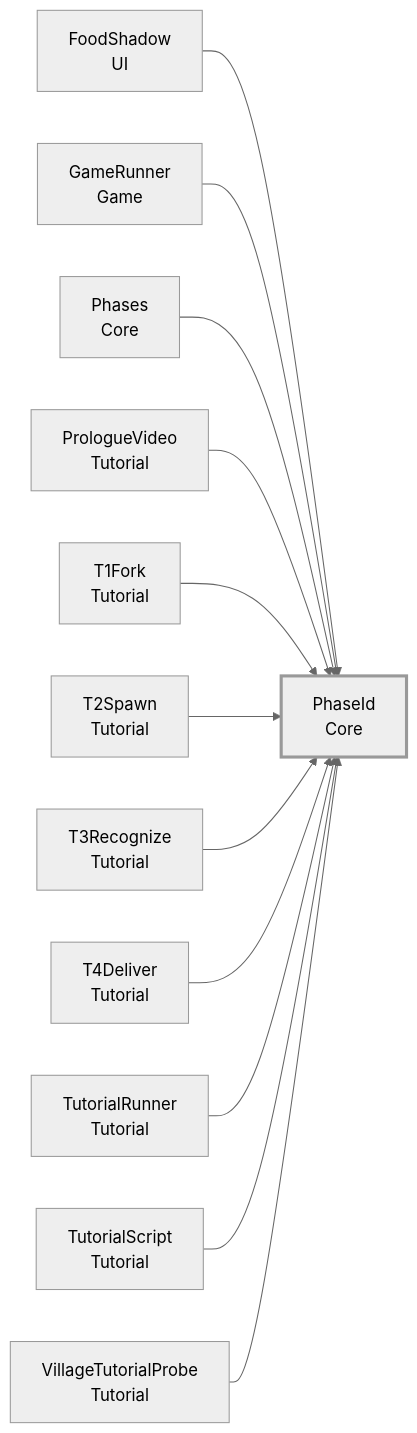
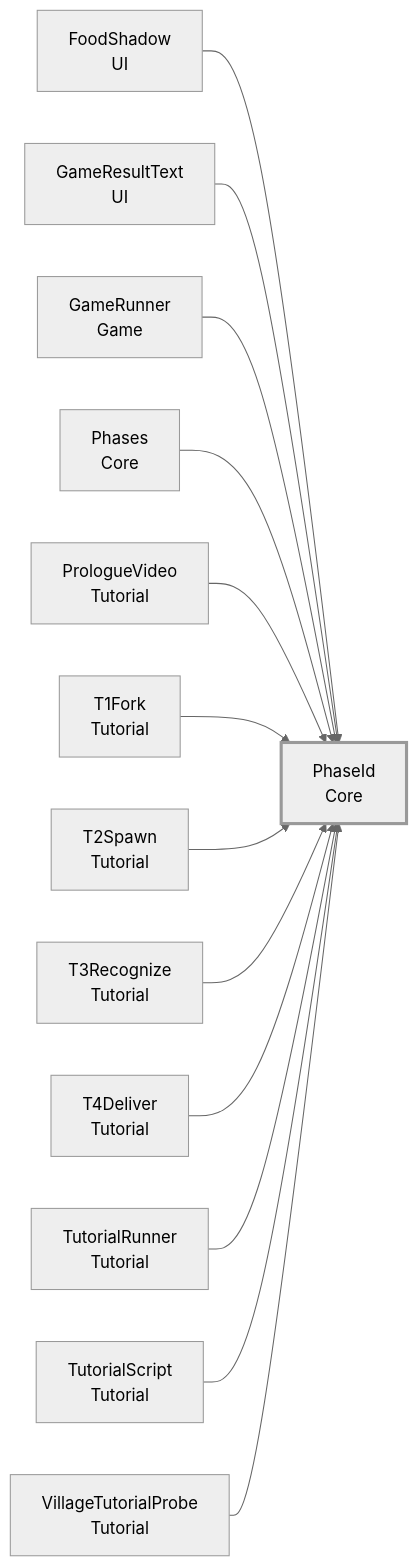
Diagram 17 of 23 in docs/api/Core.md (Fialuxe/MouthOfGod_System), drawn with Mermaid (neutral theme) before and after one commit. The commit also changed other lines of this file and 7 other files, not shown here.

First line of the commit message:
時間切れのあとに届けた数を正面に出す GameResultText を足す（#355）

````diff
--- a/docs/api/Core.md
+++ b/docs/api/Core.md
@@ -888,16 +891,17 @@
 ```mermaid
 flowchart LR
   C_PhaseId["PhaseId<br/>Core"]:::me
   U_FoodShadow["FoodShadow<br/>UI"] --> C_PhaseId
+  U_GameResultText["GameResultText<br/>UI"] --> C_PhaseId
   U_GameRunner["GameRunner<br/>Game"] --> C_PhaseId
   U_Phases["Phases<br/>Core"] --> C_PhaseId
   U_PrologueVideo["PrologueVideo<br/>Tutorial"] --> C_PhaseId
   U_T1Fork["T1Fork<br/>Tutorial"] --> C_PhaseId
   U_T2Spawn["T2Spawn<br/>Tutorial"] --> C_PhaseId
   U_T3Recognize["T3Recognize<br/>Tutorial"] --> C_PhaseId
   U_T4Deliver["T4Deliver<br/>Tutorial"] --> C_PhaseId
   U_TutorialRunner["TutorialRunner<br/>Tutorial"] --> C_PhaseId
   U_TutorialScript["TutorialScript<br/>Tutorial"] --> C_PhaseId
   U_VillageTutorialProbe["VillageTutorialProbe<br/>Tutorial"] --> C_PhaseId
   classDef me stroke-width:3px
 ```
````
